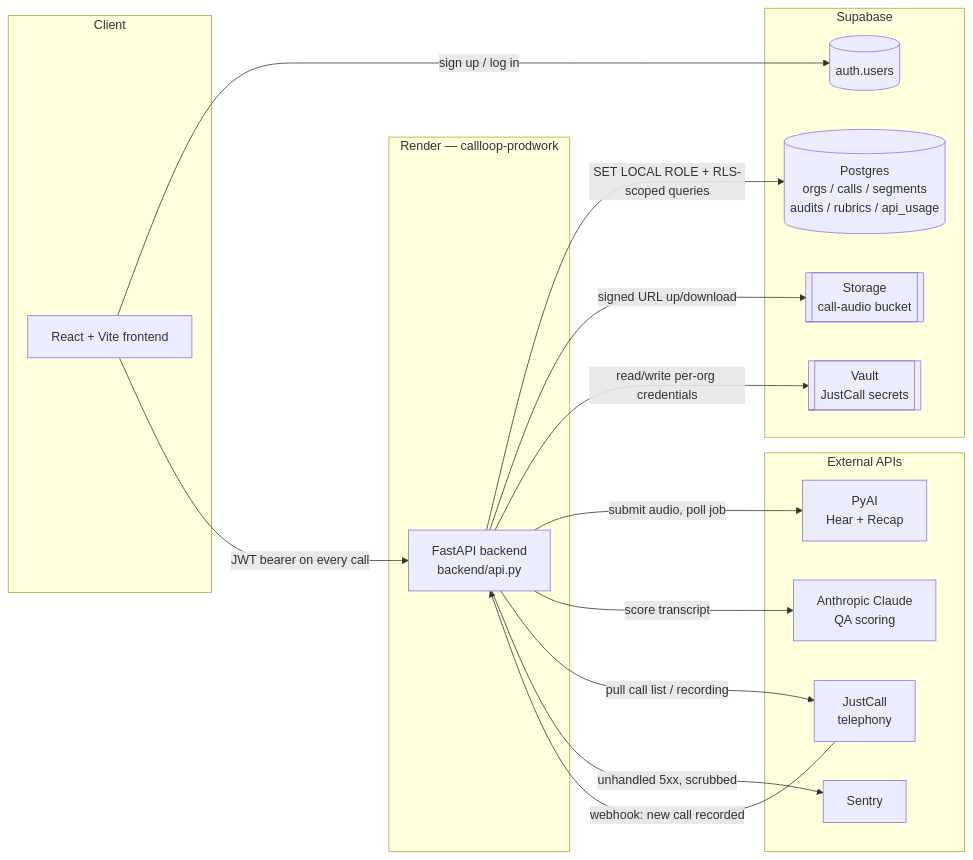
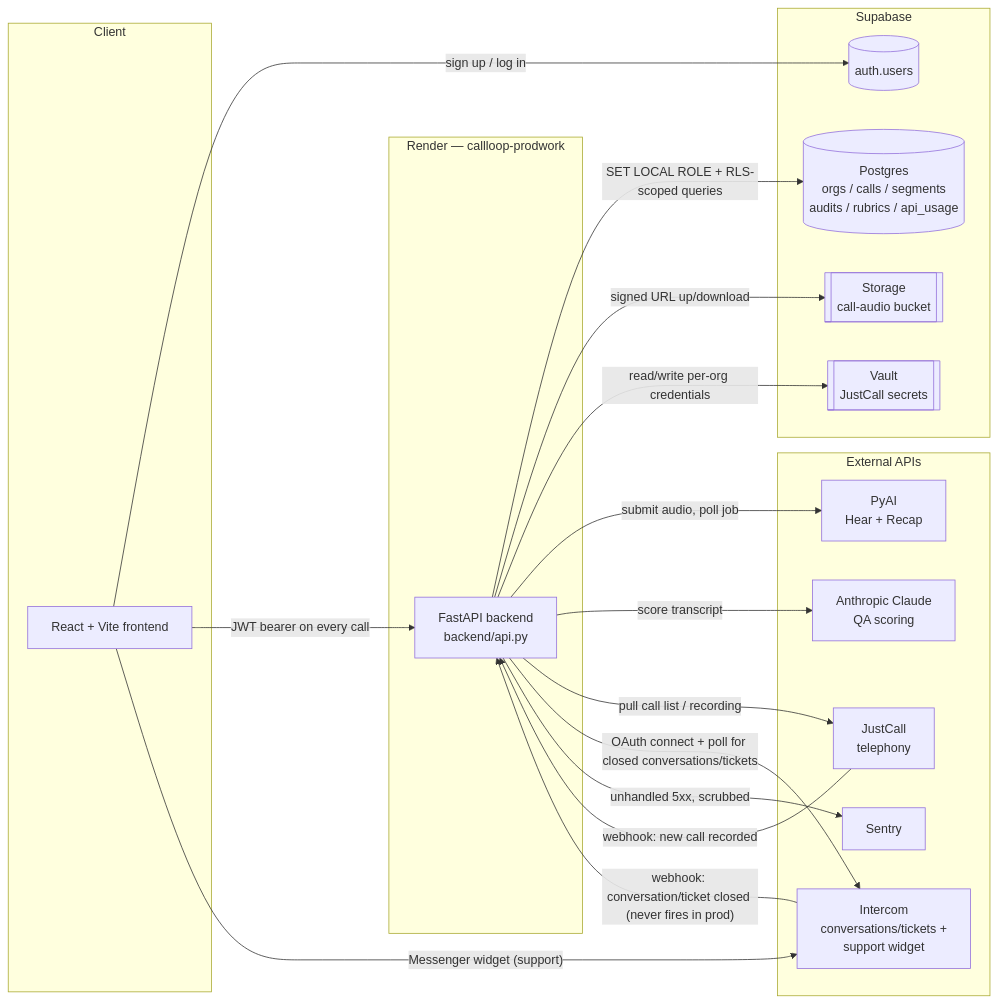
Before and after one commit to mohammed-kashiff/CallLoop-ProdWork: the first of 2 diagrams in ARCHITECTURE.md, drawn with Mermaid. The commit also changed other lines of this file, not shown here.

First line of the commit message:
Document the Intercom integration in ARCHITECTURE.md.

````diff
--- a/ARCHITECTURE.md
+++ b/ARCHITECTURE.md
@@ -130,35 +185,39 @@
 ```mermaid
 flowchart LR
     subgraph Client
         FE["React + Vite frontend"]
     end
 
     subgraph Render["Render — callloop-prodwork"]
         API["FastAPI backend\nbackend/api.py"]
     end
 
     subgraph Supabase
         PG[("Postgres\norgs / calls / segments\naudits / rubrics / api_usage")]
         AUTHDB[("auth.users")]
         STORE[["Storage\ncall-audio bucket"]]
         VAULT[["Vault\nJustCall secrets"]]
     end
 
     subgraph External["External APIs"]
         PYAI["PyAI\nHear + Recap"]
         CLAUDE["Anthropic Claude\nQA scoring"]
         JC["JustCall\ntelephony"]
+        IC["Intercom\nconversations/tickets +\nsupport widget"]
         SENTRY["Sentry"]
     end
 
     FE -- "sign up / log in" --> AUTHDB
     FE -- "JWT bearer on every call" --> API
     API -- "SET LOCAL ROLE + RLS-scoped queries" --> PG
     API -- "signed URL up/download" --> STORE
     API -- "read/write per-org credentials" --> VAULT
     API -- "submit audio, poll job" --> PYAI
     API -- "score transcript" --> CLAUDE
     JC -- "webhook: new call recorded" --> API
     API -- "pull call list / recording" --> JC
+    IC -- "webhook: conversation/ticket closed (never fires in prod)" --> API
+    API -- "OAuth connect + poll for closed conversations/tickets" --> IC
+    FE -- "Messenger widget (support)" --> IC
     API -- "unhandled 5xx, scrubbed" --> SENTRY
 ```
````
